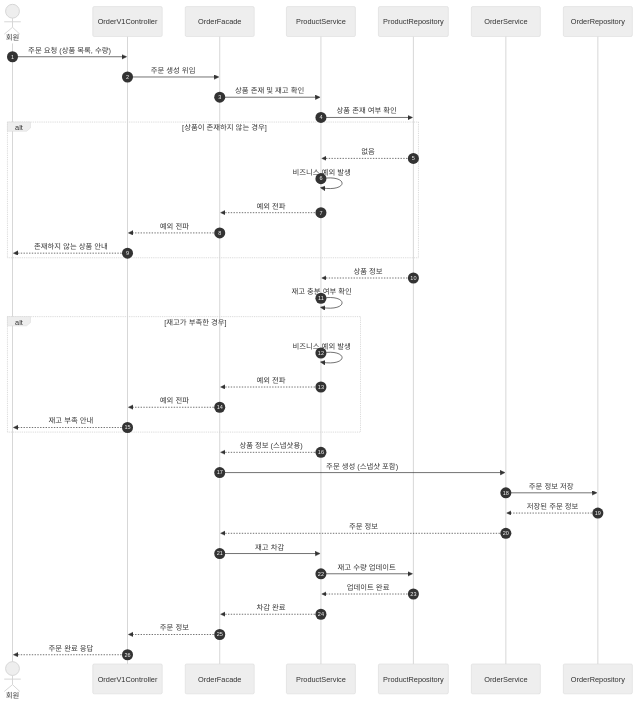
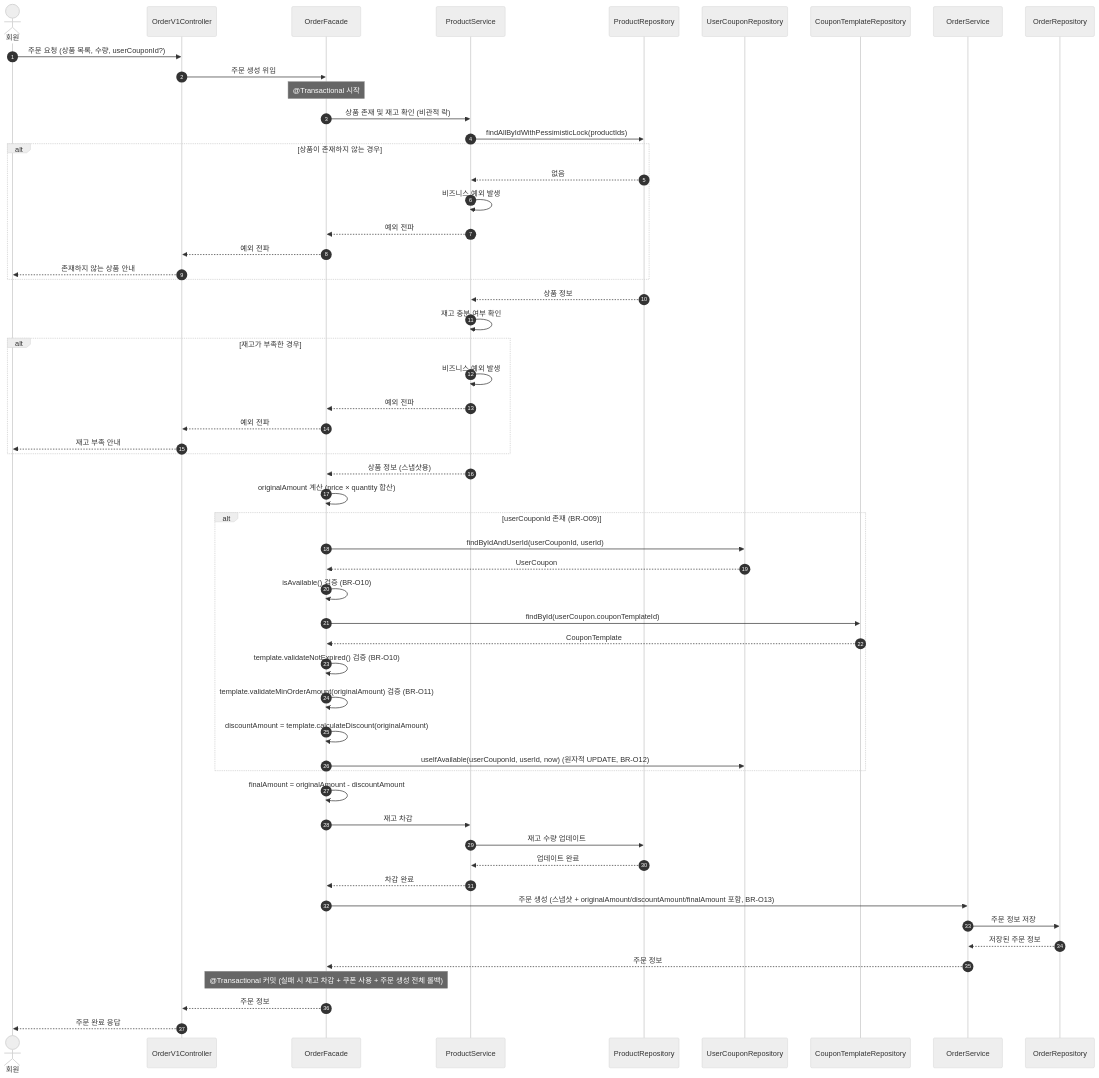
One commit to Loopers-dev-lab/loop-pack-be-l2-vol3-java changed diagram 17 of 29 in .docs/design/02-sequence-diagrams.md. Above: the diagram before and after it, drawn with Mermaid (neutral theme). The commit also changed other lines of this file and 3 other files, not shown here.

````diff
--- a/.docs/design/02-sequence-diagrams.md
+++ b/.docs/design/02-sequence-diagrams.md
@@ -795,46 +795,69 @@
 ```mermaid
 sequenceDiagram
     autonumber
     actor 회원
     participant Controller as OrderV1Controller
     participant Facade as OrderFacade
     participant ProductService
     participant ProductRepository
+    participant UserCouponRepository
+    participant CouponTemplateRepository
     participant OrderService
     participant OrderRepository
 
-    회원->>Controller: 주문 요청 (상품 목록, 수량)
+    회원->>Controller: 주문 요청 (상품 목록, 수량, userCouponId?)
     Controller->>Facade: 주문 생성 위임
-    Facade->>ProductService: 상품 존재 및 재고 확인
-    ProductService->>ProductRepository: 상품 존재 여부 확인
+
+    Note over Facade: @Transactional 시작
+
+    Facade->>ProductService: 상품 존재 및 재고 확인 (비관적 락)
+    ProductService->>ProductRepository: findAllByIdWithPessimisticLock(productIds)
 
     alt 상품이 존재하지 않는 경우
         ProductRepository-->>ProductService: 없음
         ProductService->>ProductService: 비즈니스 예외 발생
         ProductService-->>Facade: 예외 전파
         Facade-->>Controller: 예외 전파
         Controller-->>회원: 존재하지 않는 상품 안내
     end
 
     ProductRepository-->>ProductService: 상품 정보
     ProductService->>ProductService: 재고 충분 여부 확인
 
     alt 재고가 부족한 경우
         ProductService->>ProductService: 비즈니스 예외 발생
         ProductService-->>Facade: 예외 전파
         Facade-->>Controller: 예외 전파
         Controller-->>회원: 재고 부족 안내
     end
 
     ProductService-->>Facade: 상품 정보 (스냅샷용)
-    Facade->>OrderService: 주문 생성 (스냅샷 포함)
-    OrderService->>OrderRepository: 주문 정보 저장
-    OrderRepository-->>OrderService: 저장된 주문 정보
-    OrderService-->>Facade: 주문 정보
+    Facade->>Facade: originalAmount 계산 (price × quantity 합산)
+
+    alt userCouponId 존재 (BR-O09)
+        Facade->>UserCouponRepository: findByIdAndUserId(userCouponId, userId)
+        UserCouponRepository-->>Facade: UserCoupon
+        Facade->>Facade: isAvailable() 검증 (BR-O10)
+        Facade->>CouponTemplateRepository: findById(userCoupon.couponTemplateId)
+        CouponTemplateRepository-->>Facade: CouponTemplate
+        Facade->>Facade: template.validateNotExpired() 검증 (BR-O10)
+        Facade->>Facade: template.validateMinOrderAmount(originalAmount) 검증 (BR-O11)
+        Facade->>Facade: discountAmount = template.calculateDiscount(originalAmount)
+        Facade->>UserCouponRepository: useIfAvailable(userCouponId, userId, now) (원자적 UPDATE, BR-O12)
+    end
+
+    Facade->>Facade: finalAmount = originalAmount - discountAmount
     Facade->>ProductService: 재고 차감
     ProductService->>ProductRepository: 재고 수량 업데이트
     ProductRepository-->>ProductService: 업데이트 완료
     ProductService-->>Facade: 차감 완료
+    Facade->>OrderService: 주문 생성 (스냅샷 + originalAmount/discountAmount/finalAmount 포함, BR-O13)
+    OrderService->>OrderRepository: 주문 정보 저장
+    OrderRepository-->>OrderService: 저장된 주문 정보
+    OrderService-->>Facade: 주문 정보
+
+    Note over Facade: @Transactional 커밋 (실패 시 재고 차감 + 쿠폰 사용 + 주문 생성 전체 롤백)
+
     Facade-->>Controller: 주문 정보
     Controller-->>회원: 주문 완료 응답
 ```
````
